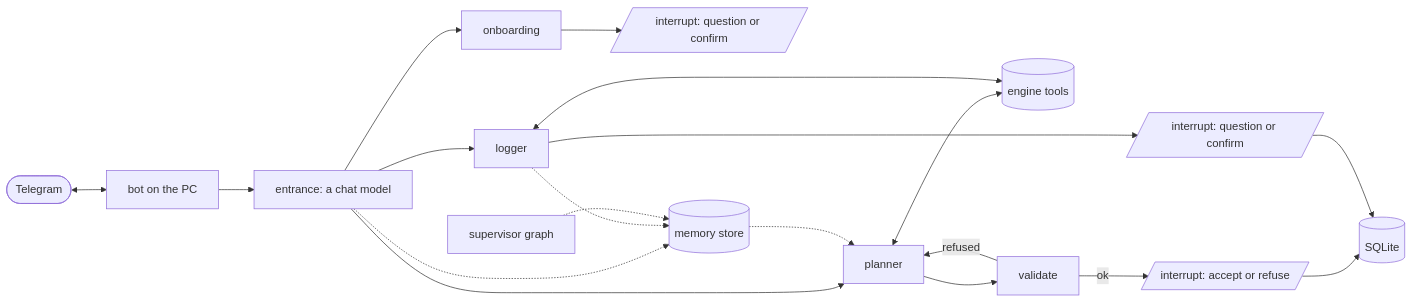
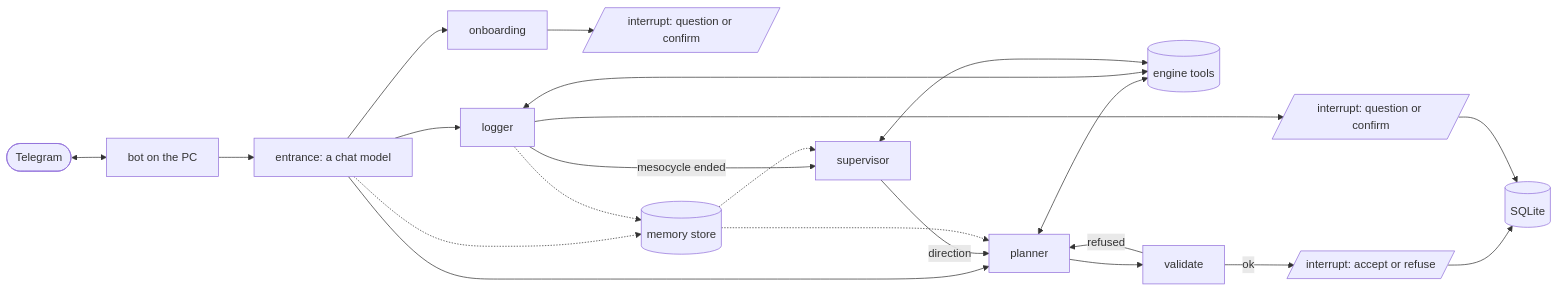
The diagram in README.md (danielediodati/REPS), drawn with Mermaid before and after one commit. The commit also changed other lines of this file and 1 other file, not shown here.

````diff
--- a/README.md
+++ b/README.md
@@ -24,21 +32,24 @@
 ```mermaid
 flowchart LR
   tg([Telegram]) <--> bot[bot on the PC]
   bot --> entrance[entrance: a chat model]
   entrance --> planner
   entrance --> logger
   entrance --> onboarding
+  logger -- mesocycle ended --> supervisor
+  supervisor -- direction --> planner
   onboarding --> interview[/interrupt: question or confirm/]
   planner <--> tools[(engine tools)]
   logger <--> tools
+  supervisor <--> tools
   planner --> validate
   validate -- refused --> planner
   validate -- ok --> accept[/interrupt: accept or refuse/]
   logger --> ask[/interrupt: question or confirm/]
   accept --> db[(SQLite)]
   ask --> db
   entrance -.-> store[(memory store)]
   logger -.-> store
   store -.-> planner
-  supervisor[supervisor graph] -.-> store
+  store -.-> supervisor
 ```
````
